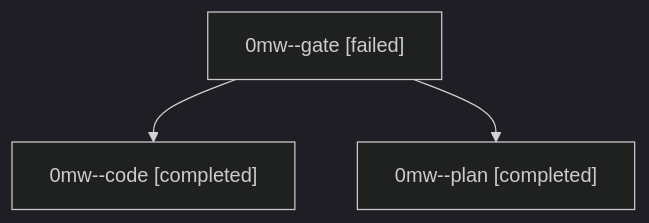
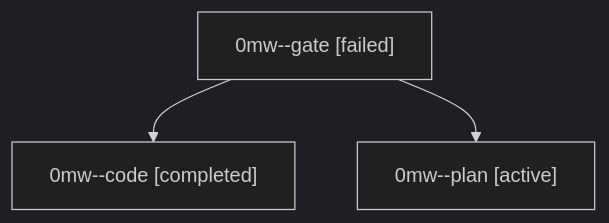
One commit to sase-org/sase--agents changed the diagram in families/bbugyi200.athena.0mw.md. Above: the diagram before and after it, drawn with Mermaid (dark theme). The commit also changed other lines of this file and 35830 other files, not shown here.

````diff
--- a/families/bbugyi200.athena.0mw.md
+++ b/families/bbugyi200.athena.0mw.md
@@ -9,8 +9,8 @@
 ```mermaid
 flowchart TD
   n0["0mw--gate [failed]"]
   n1["0mw--code [completed]"]
   n0 --> n1
-  n2["0mw--plan [completed]"]
+  n2["0mw--plan [active]"]
   n0 --> n2
 ```
````
